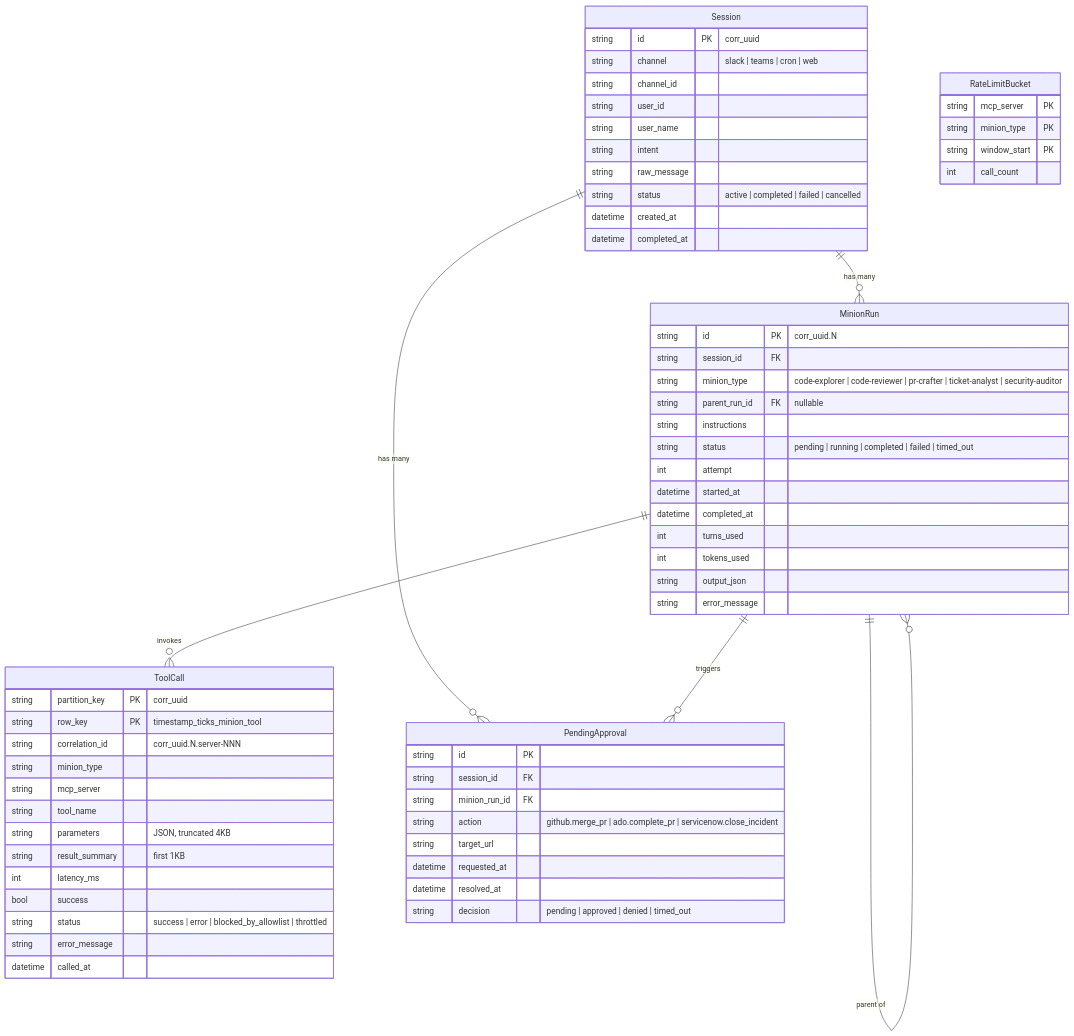
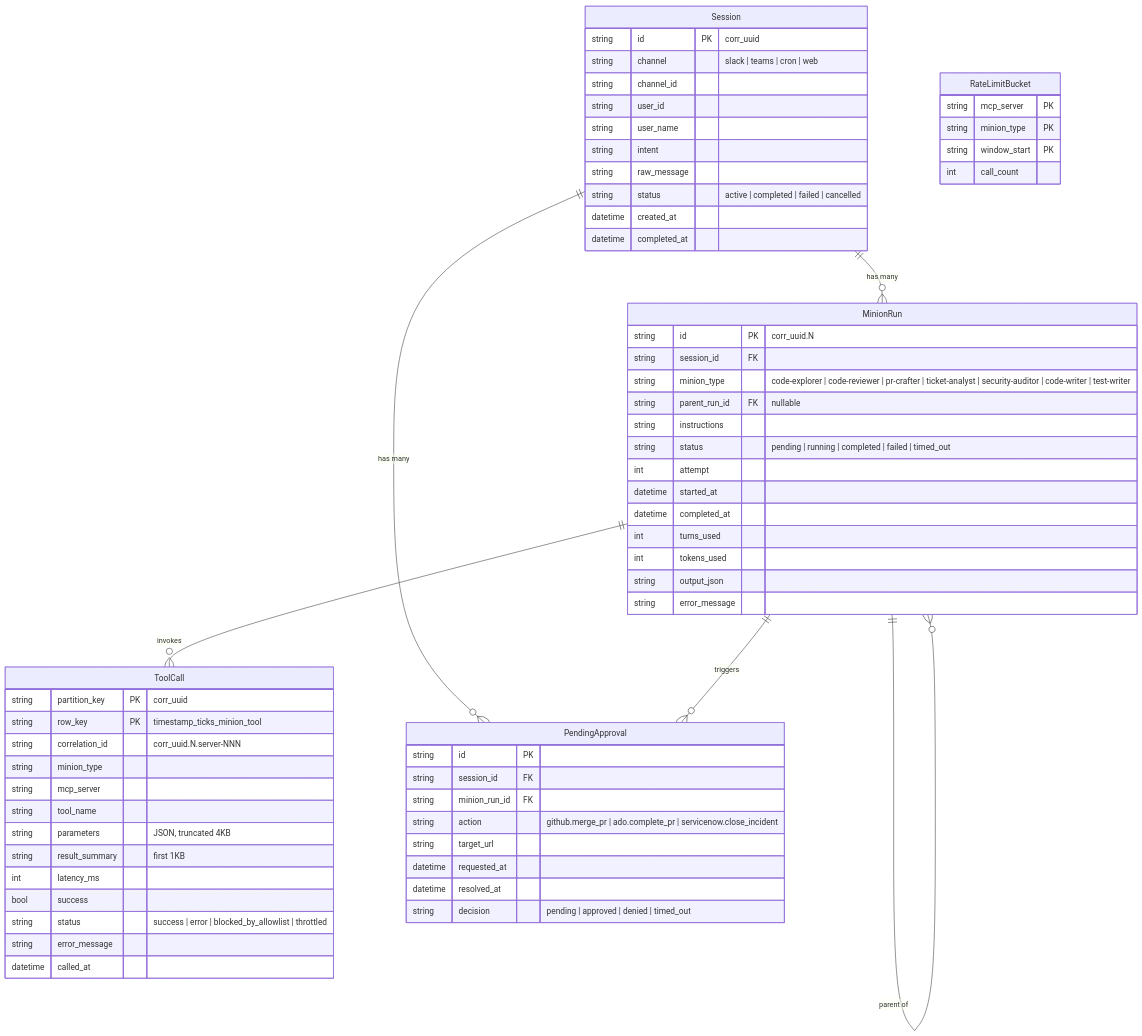
The ninth of 12 diagrams in docs/logical-architecture.md (dr-pabs/managed-service-minions2), drawn with Mermaid before and after one commit. The commit also changed 15 other files, not shown here.

First line of the commit message:
feat(agents): add code-writer and test-writer specialist agents

````diff
--- a/docs/logical-architecture.md
+++ b/docs/logical-architecture.md
@@ -624,71 +624,71 @@
 ```mermaid
 erDiagram
     Session {
         string id PK "corr_uuid"
         string channel "slack | teams | cron | web"
         string channel_id
         string user_id
         string user_name
         string intent
         string raw_message
         string status "active | completed | failed | cancelled"
         datetime created_at
         datetime completed_at
     }
     
     MinionRun {
         string id PK "corr_uuid.N"
         string session_id FK
-        string minion_type "code-explorer | code-reviewer | pr-crafter | ticket-analyst | security-auditor"
+        string minion_type "code-explorer | code-reviewer | pr-crafter | ticket-analyst | security-auditor | code-writer | test-writer"
         string parent_run_id FK "nullable"
         string instructions
         string status "pending | running | completed | failed | timed_out"
         int attempt
         datetime started_at
         datetime completed_at
         int turns_used
         int tokens_used
         string output_json
         string error_message
     }
     
     ToolCall {
         string partition_key PK "corr_uuid"
         string row_key PK "timestamp_ticks_minion_tool"
         string correlation_id "corr_uuid.N.server-NNN"
         string minion_type
         string mcp_server
         string tool_name
         string parameters "JSON, truncated 4KB"
         string result_summary "first 1KB"
         int latency_ms
         bool success
         string status "success | error | blocked_by_allowlist | throttled"
         string error_message
         datetime called_at
     }
     
     PendingApproval {
         string id PK
         string session_id FK
         string minion_run_id FK
         string action "github.merge_pr | ado.complete_pr | servicenow.close_incident"
         string target_url
         datetime requested_at
         datetime resolved_at
         string decision "pending | approved | denied | timed_out"
     }
     
     RateLimitBucket {
         string mcp_server PK
         string minion_type PK
         string window_start PK
         int call_count
     }
     
     Session ||--o{ MinionRun : "has many"
     MinionRun ||--o{ MinionRun : "parent of"
     MinionRun ||--o{ ToolCall : "invokes"
     Session ||--o{ PendingApproval : "has many"
     MinionRun ||--o{ PendingApproval : "triggers"
 ```
````
